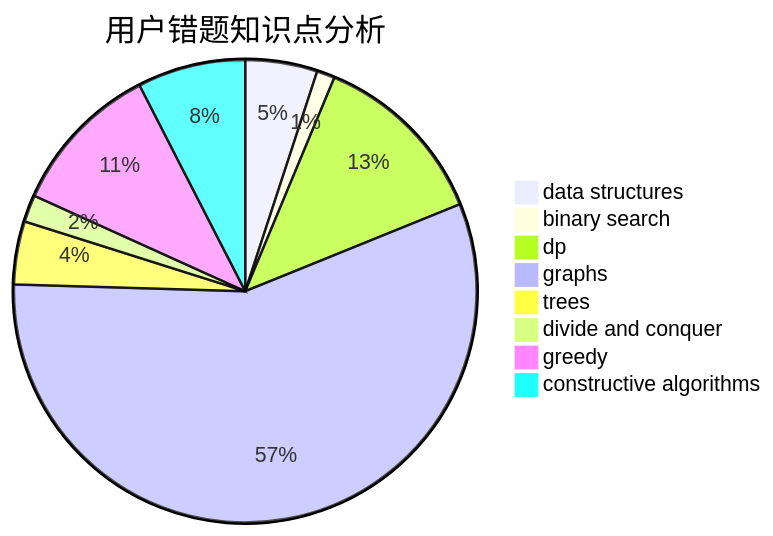
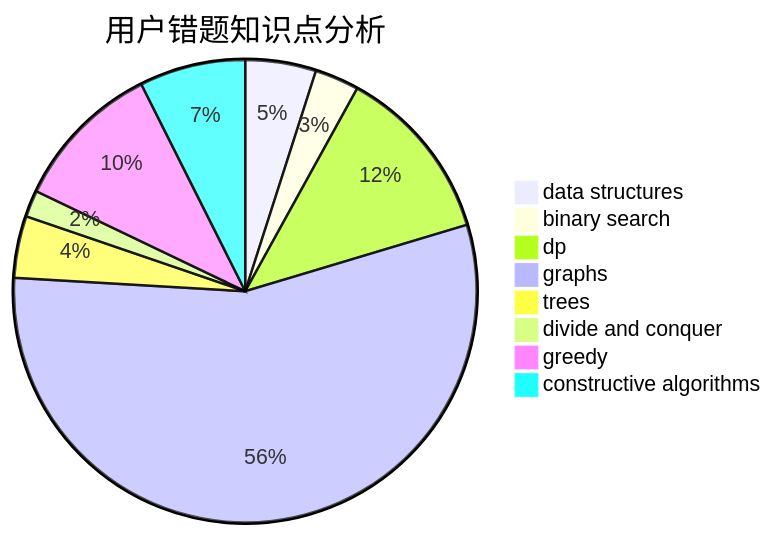
The third of 3 diagrams in docs/user/u2210.md (sherpahu/cfrs.github.io), drawn with Mermaid before and after one commit. The commit also changed other lines of this file and 2770 other files, not shown here.

````diff
--- a/docs/user/u2210.md
+++ b/docs/user/u2210.md
@@ -36,11 +36,11 @@
 ```mermaid
 pie title 用户错题知识点分析
     "data structures" :  8
-    "binary search" :  2
+    "binary search" :  5
     "dp" :  20
     "graphs" :  90
     "trees" :  7
     "divide and conquer" :  3
     "greedy" :  17
     "constructive algorithms" :  12
 ```
````
